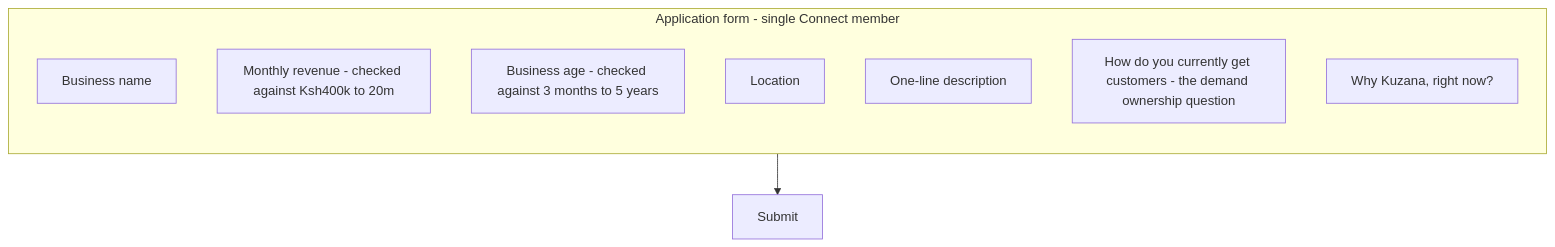
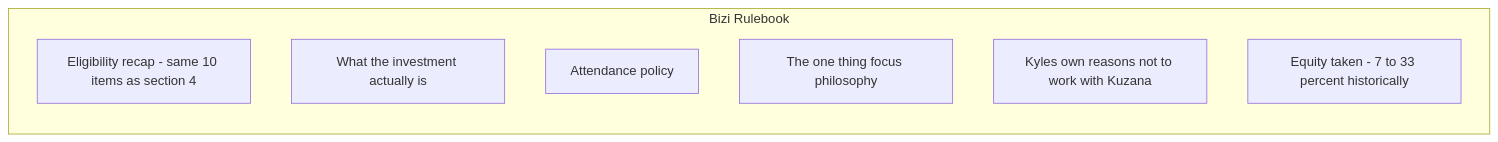
The fifth of 8 diagrams in bizi_flow.md (okumuraven/Boardy.ai), drawn with Mermaid before and after one commit. The commit also changed other lines of this file and 1 other file, not shown here.

````diff
--- a/bizi_flow.md
+++ b/bizi_flow.md
@@ -69,14 +135,11 @@
 ```mermaid
-flowchart TD
-    subgraph Form[Application form - single Connect member]
-        direction TB
-        F1[Business name]
-        F2[Monthly revenue - checked against Ksh400k to 20m]
-        F3[Business age - checked against 3 months to 5 years]
-        F4[Location]
-        F5[One-line description]
-        F6[How do you currently get customers - the demand ownership question]
-        F7[Why Kuzana, right now?]
+flowchart LR
+    subgraph Rulebook[Bizi Rulebook]
+        R1[Eligibility recap - same 10 items as section 4]
+        R2[What the investment actually is]
+        R3[Attendance policy]
+        R4[The one thing focus philosophy]
+        R5[Kyles own reasons not to work with Kuzana]
+        R6[Equity taken - 7 to 33 percent historically]
     end
-    Form --> Submit[Submit]
 ```
````
